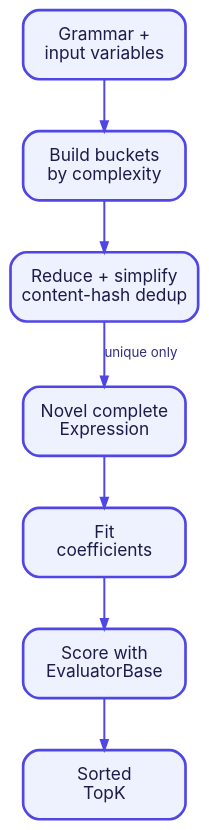
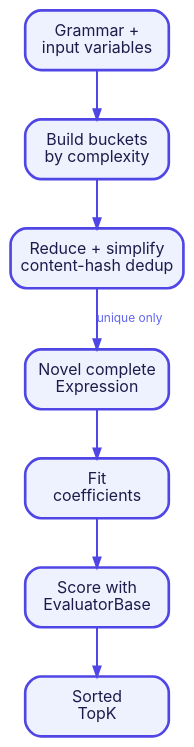
Before and after one commit to heal-research/operon: the diagram in docs/mkdocs/diagrams/grammar-enumeration.dot, drawn with Graphviz. The commit also changed 6 other files, not shown here.

Commit message:
Improve diagram label contrast

```diff
--- a/docs/mkdocs/diagrams/grammar-enumeration.dot
+++ b/docs/mkdocs/diagrams/grammar-enumeration.dot
@@ -1,20 +1,20 @@
 digraph grammar_enumeration {
-  graph [rankdir=TB, bgcolor="transparent", nodesep=0.38, ranksep=0.52, pad=0.12];
-  node [shape=box, style="rounded,filled", fillcolor="#EEF2FF", color="#4F46E5", penwidth=2, fontname="Inter", fontsize=13, fontcolor="#1E1B4B", width=1.7, height=0.72];
-  edge [color="#4F46E5", penwidth=1.5, arrowsize=0.75, fontname="Inter", fontsize=10, fontcolor="#312E81"];
+  graph [rankdir=TB, bgcolor="transparent", nodesep=0.34, ranksep=0.48, pad=0.1];
+  node [shape=box, style="rounded,filled", fillcolor="#EEF2FF", color="#4F46E5", penwidth=2, fontname="Inter", fontsize=12, fontcolor="#1E1B4B", width=1.5, height=0.62];
+  edge [color="#4F46E5", penwidth=1.5, arrowsize=0.75, fontname="Inter", fontsize=9, fontcolor="#6366F1"];
 
   grammar [label="Grammar +\ninput variables"];
   build [label="Build buckets\nby complexity"];
   canonical [label="Reduce + simplify\ncontent-hash dedup"];
   novel [label="Novel complete\nExpression"];
   fit [label="Fit\ncoefficients"];
   score [label="Score with\nEvaluatorBase"];
   topk [label="Sorted\nTopK"];
 
   grammar -> build;
   build -> canonical;
   canonical -> novel [label="unique only"];
   novel -> fit;
   fit -> score;
   score -> topk;
 }
```
